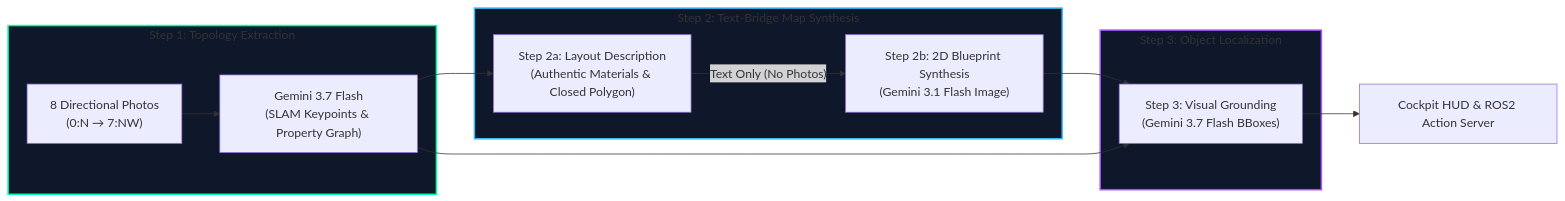
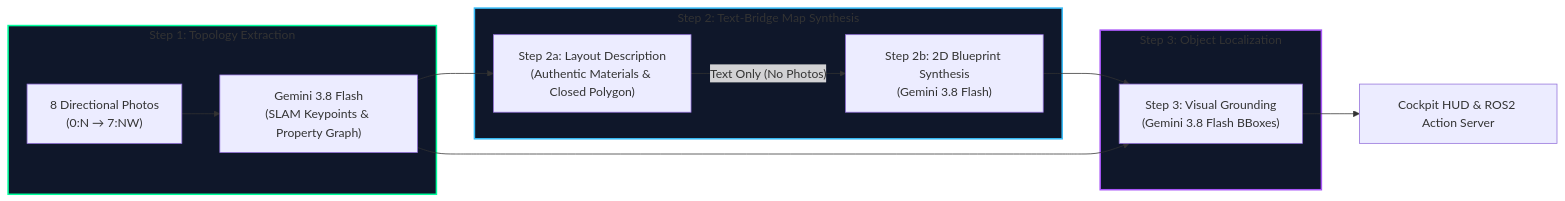
The diagram in README.md (mincasurong/GeminiSeoulHackathon2026), drawn with Mermaid before and after one commit. The commit also changed other lines of this file and 40 other files, not shown here.

````diff
--- a/README.md
+++ b/README.md
@@ -78,21 +78,21 @@
 ```mermaid
 flowchart LR
     subgraph S1["Step 1: Topology Extraction"]
-        P["8 Directional Photos\n(0:N → 7:NW)"] --> TOPO["Gemini 3.7 Flash\n(SLAM Keypoints & Property Graph)"]
+        P["8 Directional Photos\n(0:N → 7:NW)"] --> TOPO["Gemini 3.8 Flash\n(SLAM Keypoints & Property Graph)"]
     end
 
     subgraph S2["Step 2: Text-Bridge Map Synthesis"]
         TOPO --> S2A["Step 2a: Layout Description\n(Authentic Materials & Closed Polygon)"]
-        S2A -->|"Text Only (No Photos)"| S2B["Step 2b: 2D Blueprint Synthesis\n(Gemini 3.1 Flash Image)"]
+        S2A -->|"Text Only (No Photos)"| S2B["Step 2b: 2D Blueprint Synthesis\n(Gemini 3.8 Flash)"]
     end
 
     subgraph S3["Step 3: Object Localization"]
-        S2B & TOPO --> LOC["Step 3: Visual Grounding\n(Gemini 3.7 Flash BBoxes)"]
+        S2B & TOPO --> LOC["Step 3: Visual Grounding\n(Gemini 3.8 Flash BBoxes)"]
     end
 
     LOC --> UI["Cockpit HUD & ROS2 Action Server"]
 
     style S1 fill:#0f172a,stroke:#00FF9D,stroke-width:2px
     style S2 fill:#0f172a,stroke:#38BDF8,stroke-width:2px
     style S3 fill:#0f172a,stroke:#A855F7,stroke-width:2px
 ```
````
